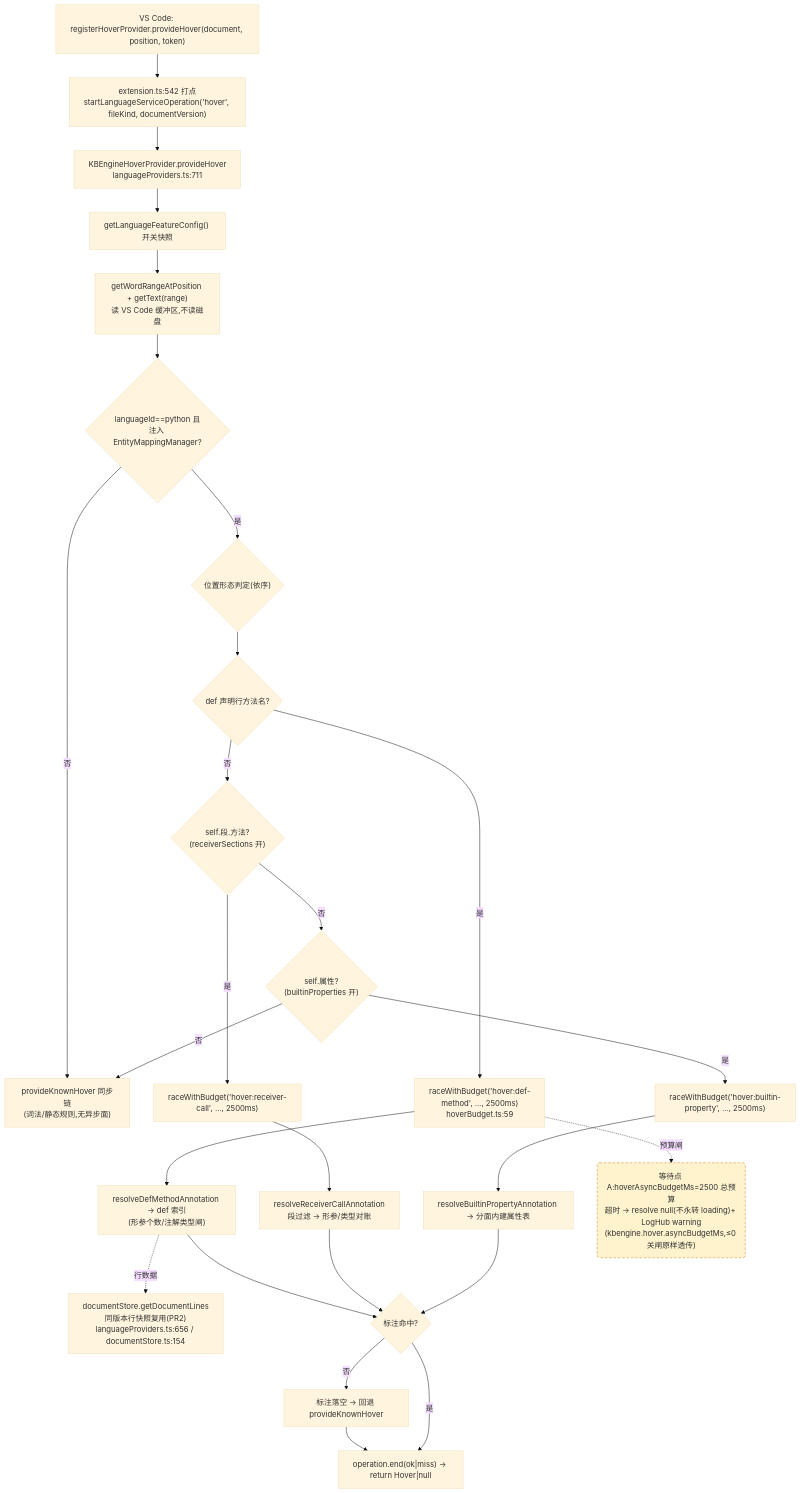
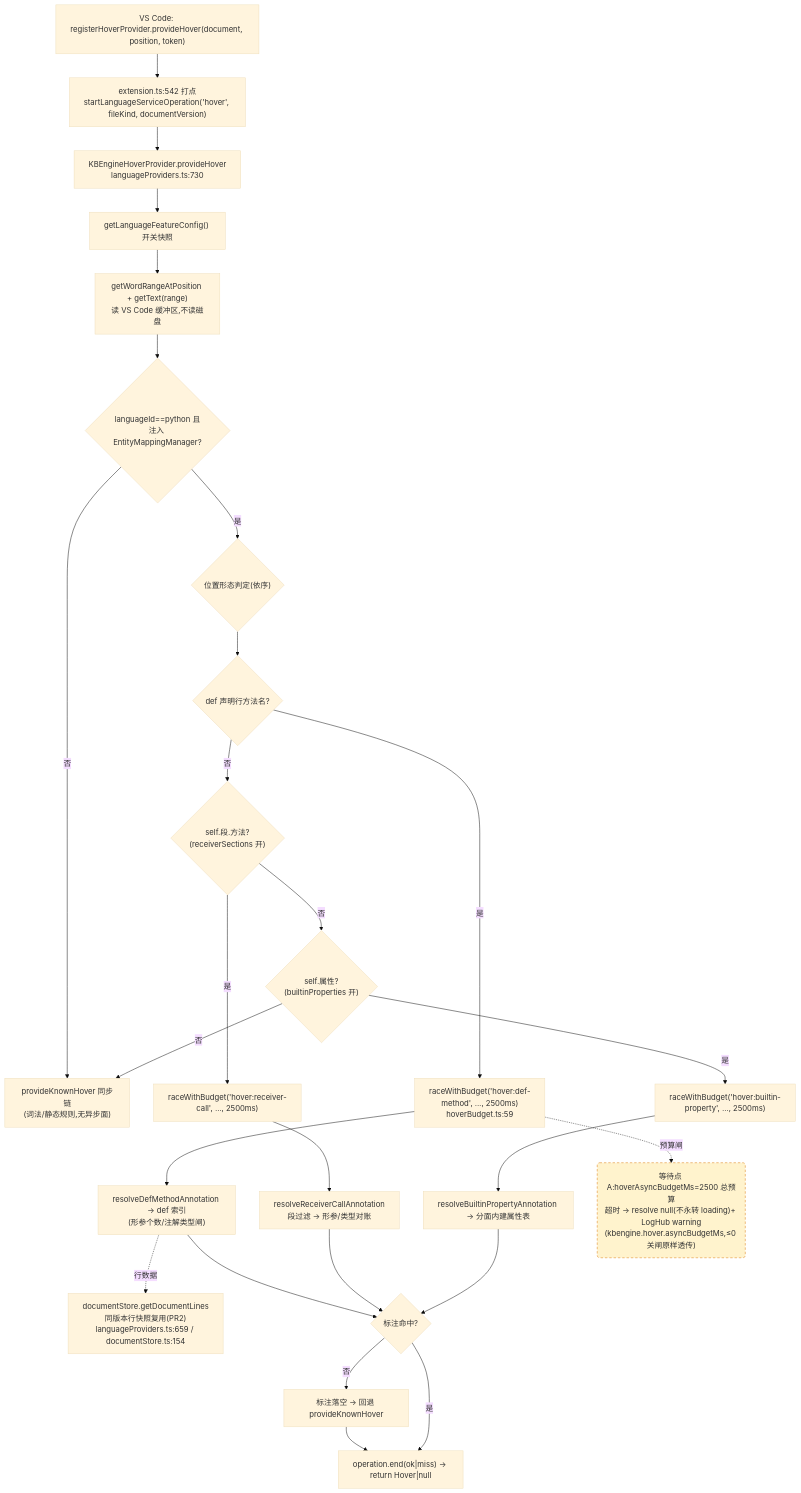
Before and after one commit to cuihairu/kode: the first of 4 diagrams in docs/perf/2026-baseline.md, drawn with Mermaid (base theme). The commit also changed other lines of this file and 4 other files, not shown here.

````diff
--- a/docs/perf/2026-baseline.md
+++ b/docs/perf/2026-baseline.md
@@ -82,45 +82,45 @@
 ```mermaid
 flowchart TD
   VC1["VS Code: registerHoverProvider.provideHover(document, position, token)"]
   M1["extension.ts:542 打点<br/>startLanguageServiceOperation('hover', fileKind, documentVersion)"]
-  HP["KBEngineHoverProvider.provideHover<br/>languageProviders.ts:711"]
+  HP["KBEngineHoverProvider.provideHover<br/>languageProviders.ts:730"]
   CFG["getLanguageFeatureConfig() 开关快照"]
   WORD["getWordRangeAtPosition + getText(range)<br/>读 VS Code 缓冲区,不读磁盘"]
   BR{"languageId==python 且<br/>注入 EntityMappingManager?"}
   KN["provideKnownHover 同步链<br/>(词法/静态规则,无异步面)"]
   POS{"位置形态判定(依序)"}
   D1{"def 声明行方法名?"}
   D2{"self.段.方法?<br/>(receiverSections 开)"}
   D3{"self.属性?<br/>(builtinProperties 开)"}
   RA1["raceWithBudget('hover:def-method', …, 2500ms)<br/>hoverBudget.ts:59"]
   RA2["raceWithBudget('hover:receiver-call', …, 2500ms)"]
   RA3["raceWithBudget('hover:builtin-property', …, 2500ms)"]
   RS1["resolveDefMethodAnnotation → def 索引<br/>(形参个数/注解类型闸)"]
   RS2["resolveReceiverCallAnnotation<br/>段过滤 → 形参/类型对账"]
   RS3["resolveBuiltinPropertyAnnotation → 分面内建属性表"]
-  LINES["documentStore.getDocumentLines<br/>同版本行快照复用(PR2)<br/>languageProviders.ts:656 / documentStore.ts:154"]
+  LINES["documentStore.getDocumentLines<br/>同版本行快照复用(PR2)<br/>languageProviders.ts:659 / documentStore.ts:154"]
   MISS["标注落空 → 回退 provideKnownHover"]
   END1["operation.end(ok|miss) → return Hover|null"]
 
   VC1 --> M1 --> HP --> CFG --> WORD --> BR
   BR -- "否" --> KN
   BR -- "是" --> POS --> D1
   D1 -- "是" --> RA1 --> RS1
   D1 -- "否" --> D2
   D2 -- "是" --> RA2 --> RS2
   D2 -- "否" --> D3
   D3 -- "是" --> RA3 --> RS3
   D3 -- "否" --> KN
   RS1 --> HIT{"标注命中?"}
   RS2 --> HIT
   RS3 --> HIT
   RS1 -.->|行数据| LINES
   HIT -- "否" --> MISS --> END1
   HIT -- "是" --> END1
 
   WAITA("等待点 A:hoverAsyncBudgetMs=2500 总预算<br/>超时 → resolve null(不永转 loading)+ LogHub warning<br/>(kbengine.hover.asyncBudgetMs,≤0 关闸原样透传)")
   RA1 -.->|预算闸| WAITA
 
   classDef waitPoint fill:#fff3cd,stroke:#d97706,stroke-dasharray:5 4;
   class WAITA waitPoint;
 ```
````
